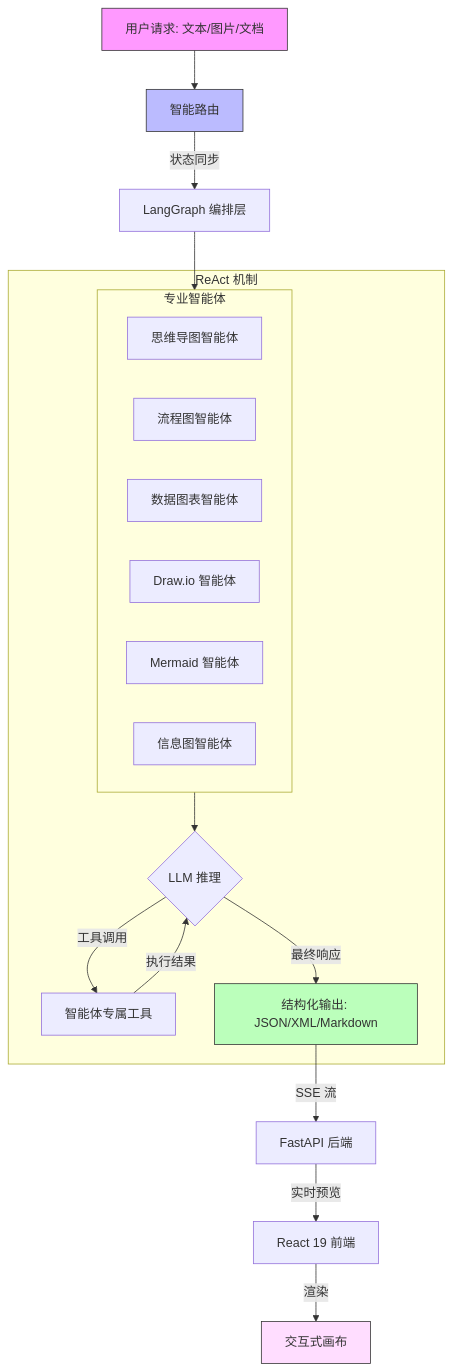
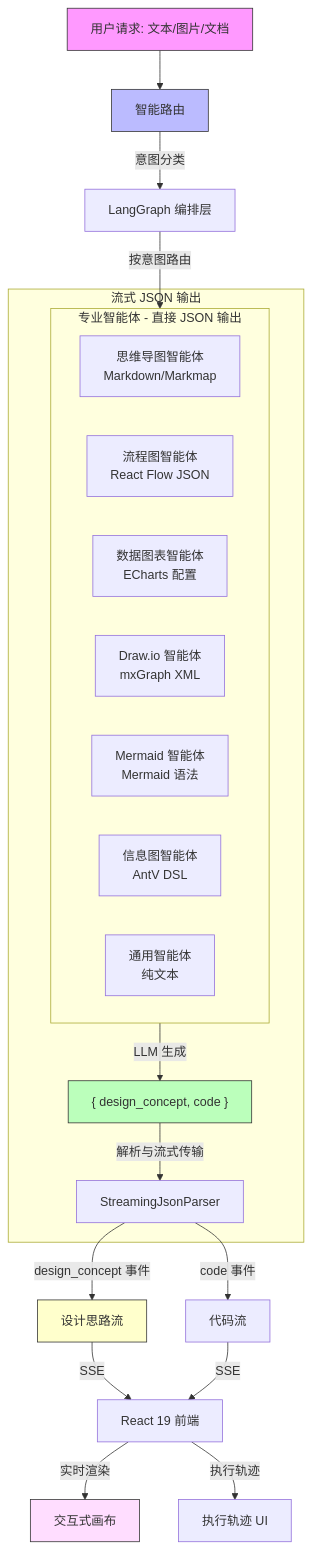
One commit to CrazyForks/DeepDiagram changed the diagram in README_CN.md. Above: the diagram before and after it, drawn with Mermaid. The commit also changed other lines of this file and 19 other files, not shown here.

Commit message:
架构简化， 移除 tool call 的逻辑， 避免因模型能力不调用工具从而不生图。

````diff
--- a/README_CN.md
+++ b/README_CN.md
@@ -116,32 +121,37 @@
 ```mermaid
 graph TD
     Input[用户请求: 文本/图片/文档] --> Router[智能路由]
-    Router -- 状态同步 --> Graph[LangGraph 编排层]
+    Router -- 意图分类 --> Graph[LangGraph 编排层]
 
-    subgraph Agents [专业智能体]
-        AgentMM[思维导图智能体]
-        AgentFlow[流程图智能体]
-        AgentChart[数据图表智能体]
-        AgentDraw[Draw.io 智能体]
-        AgentMermaid[Mermaid 智能体]
-        AgentInfo[信息图智能体]
+    subgraph Agents [专业智能体 - 直接 JSON 输出]
+        AgentMM[思维导图智能体<br/>Markdown/Markmap]
+        AgentFlow[流程图智能体<br/>React Flow JSON]
+        AgentChart[数据图表智能体<br/>ECharts 配置]
+        AgentDraw[Draw.io 智能体<br/>mxGraph XML]
+        AgentMermaid[Mermaid 智能体<br/>Mermaid 语法]
+        AgentInfo[信息图智能体<br/>AntV DSL]
+        AgentGeneral[通用智能体<br/>纯文本]
     end
 
-    Graph --> Agents
+    Graph -->|按意图路由| Agents
 
-    subgraph Loop [ReAct 机制]
-        Agents --> LLM{LLM 推理}
-        LLM -->|工具调用| Tools[智能体专属工具]
-        Tools -->|执行结果| LLM
-        LLM -->|最终响应| Code[结构化输出: JSON/XML/Markdown]
+    subgraph Output [流式 JSON 输出]
+        Agents -->|LLM 生成| JSON["{ design_concept, code }"]
+        JSON -->|解析与流式传输| Parser[StreamingJsonParser]
     end
 
-    Code -->|SSE 流| Backend[FastAPI 后端]
-    Backend -->|实时预览| Frontend[React 19 前端]
-    Frontend -->|渲染| Canvas[交互式画布]
+    Parser -->|design_concept 事件| DC[设计思路流]
+    Parser -->|code 事件| Code[代码流]
+
+    DC -->|SSE| Frontend[React 19 前端]
+    Code -->|SSE| Frontend
+
+    Frontend -->|实时渲染| Canvas[交互式画布]
+    Frontend -->|执行轨迹| Trace[执行轨迹 UI]
 
     style Input fill:#f9f,stroke:#333
     style Router fill:#bbf,stroke:#333
-    style Code fill:#bfb,stroke:#333
+    style JSON fill:#bfb,stroke:#333
     style Canvas fill:#fdf,stroke:#333
+    style DC fill:#ffc,stroke:#333
 ```
````
